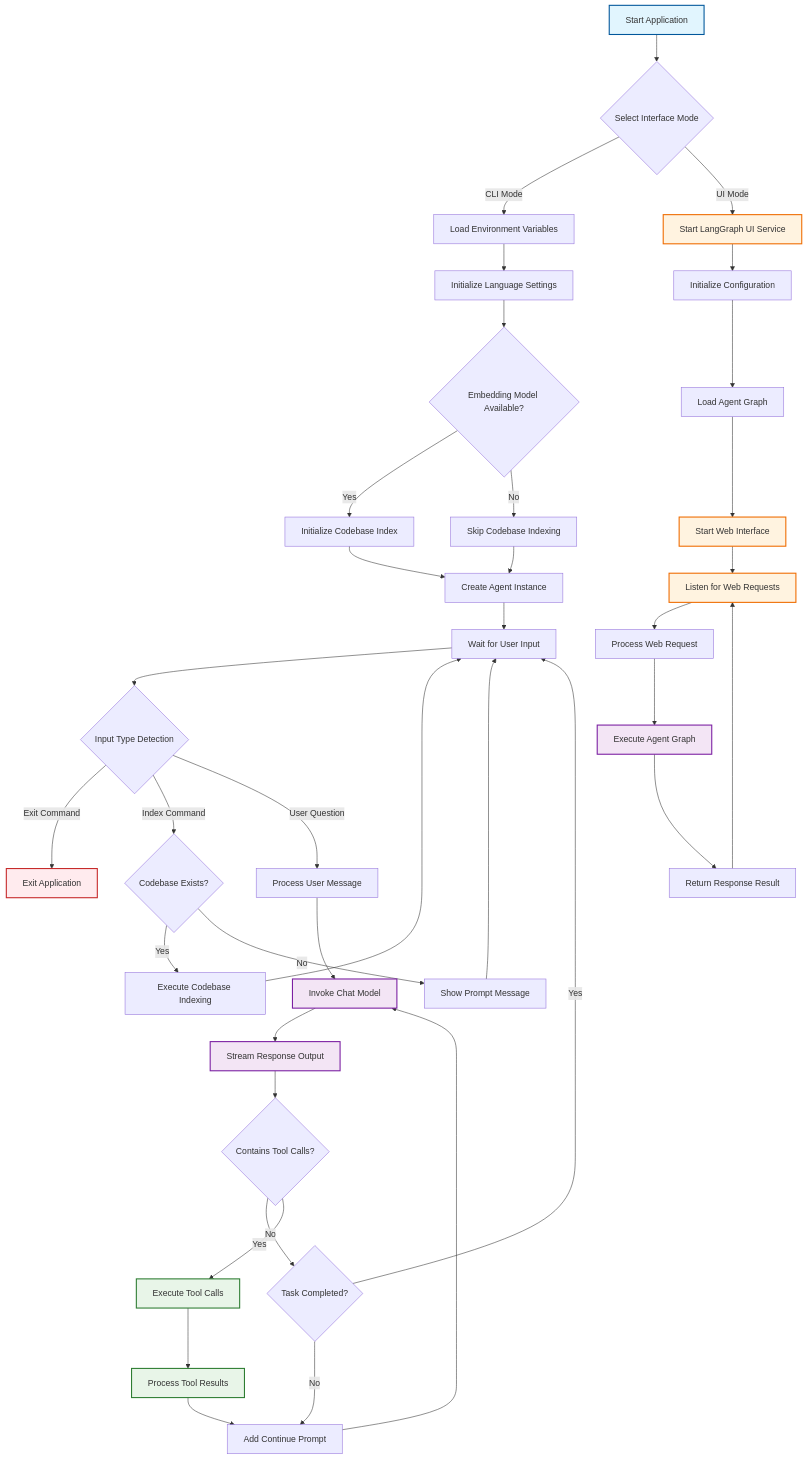
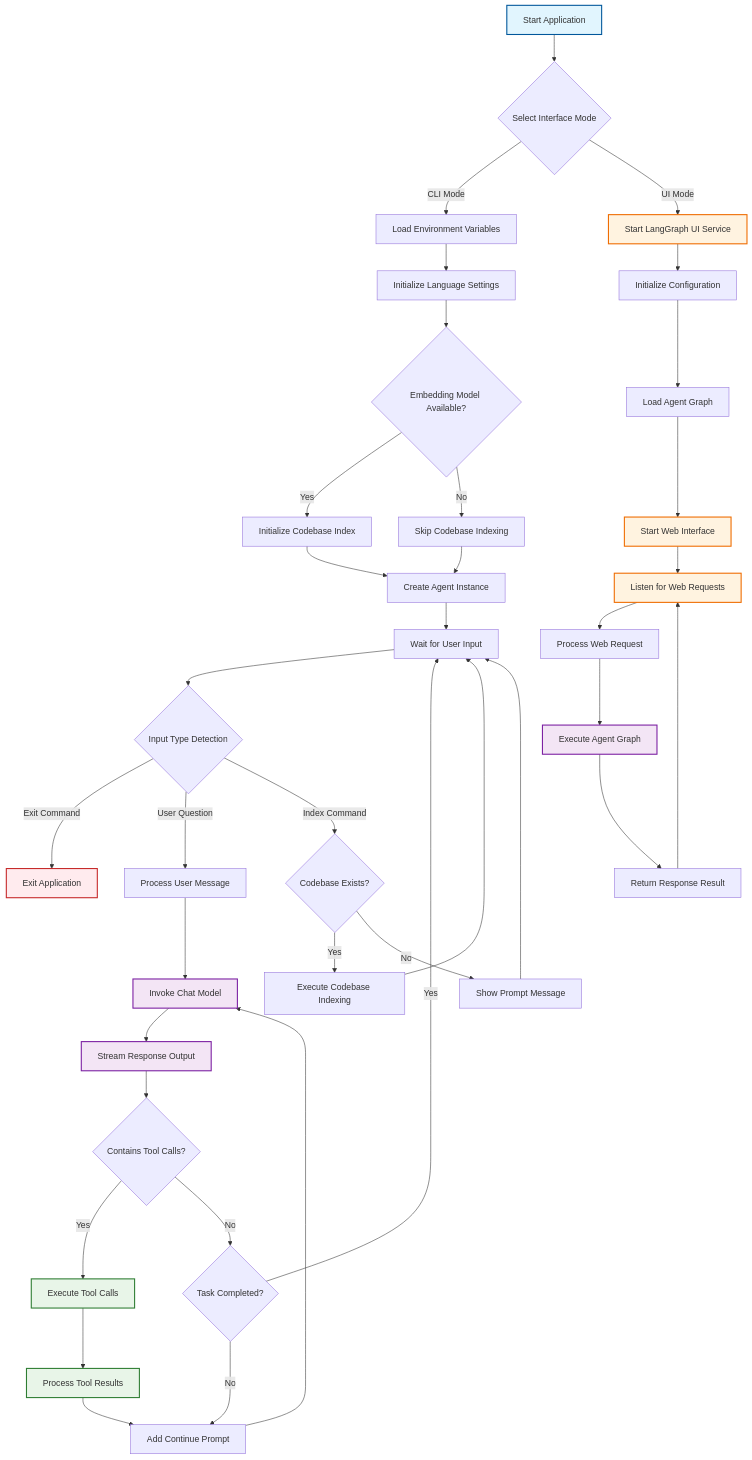
One commit to dragons96/elpis-agent changed the diagram in README.md. Above: the diagram before and after it, drawn with Mermaid. The commit also changed other lines of this file and 1 other file, not shown here.

````diff
--- a/README.md
+++ b/README.md
@@ -275,64 +275,64 @@
 ```mermaid
 flowchart TD
     %% Application Startup Phase
     A[Start Application] --> B{Select Interface Mode}
   
     %% CLI Mode Branch
     B -->|CLI Mode| C1[Load Environment Variables]
     C1 --> C2[Initialize Language Settings]
     C2 --> C3{Embedding Model Available?}
     C3 -->|Yes| C4[Initialize Codebase Index]
     C3 -->|No| C5[Skip Codebase Indexing]
     C4 --> C6[Create Agent Instance]
     C5 --> C6
     C6 --> C7[Wait for User Input]
   
     %% CLI User Interaction Loop
     C7 --> C8{Input Type Detection}
     C8 -->|Exit Command| END[Exit Application]
+    C8 -->|User Question| C10[Process User Message]
     C8 -->|Index Command| C9{Codebase Exists?}
-    C8 -->|User Question| C10[Process User Message]
   
     C9 -->|Yes| C11[Execute Codebase Indexing]
     C9 -->|No| C12[Show Prompt Message]
     C11 --> C7
     C12 --> C7
   
     %% CLI Message Processing Flow
     C10 --> C13[Invoke Chat Model]
     C13 --> C14[Stream Response Output]
     C14 --> C15{Contains Tool Calls?}
+    C15 -->|Yes| C17[Execute Tool Calls]
     C15 -->|No| C16{Task Completed?}
-    C15 -->|Yes| C17[Execute Tool Calls]
     C16 -->|Yes| C7
     C16 -->|No| C18[Add Continue Prompt]
     C17 --> C19[Process Tool Results]
     C18 --> C13
     C19 --> C18
   
     %% UI Mode Branch
     B -->|UI Mode| U1[Start LangGraph UI Service]
     U1 --> U2[Initialize Configuration]
     U2 --> U3[Load Agent Graph]
     U3 --> U4[Start Web Interface]
     U4 --> U5[Listen for Web Requests]
   
     %% UI Request Processing Loop
     U5 --> U6[Process Web Request]
     U6 --> U7[Execute Agent Graph]
     U7 --> U8[Return Response Result]
     U8 --> U5
   
     %% Style Definitions
     classDef startNode fill:#e1f5fe,stroke:#01579b,stroke-width:2px
     classDef endNode fill:#ffebee,stroke:#c62828,stroke-width:2px
     classDef processNode fill:#f3e5f5,stroke:#7b1fa2,stroke-width:2px
     classDef toolNode fill:#e8f5e8,stroke:#2e7d32,stroke-width:2px
     classDef uiNode fill:#fff3e0,stroke:#ef6c00,stroke-width:2px
   
     class A startNode
     class END endNode
     class C13,C14,U7 processNode
     class C17,C19 toolNode
     class U1,U4,U5 uiNode
 ```
````
